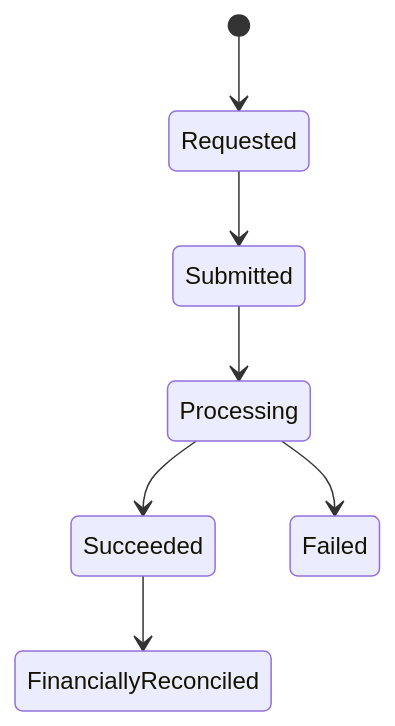
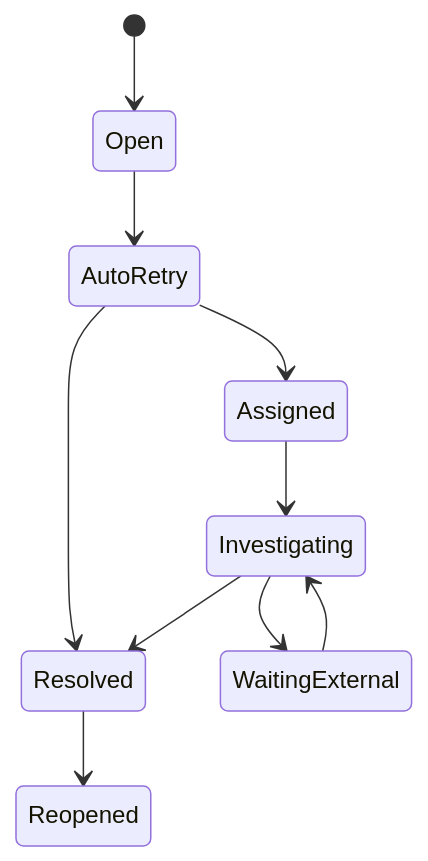
The sixth of 8 diagrams in src/content/payments/reconciliation.md (AvadhBhalodiya/Interview-Preparation), drawn with Mermaid before and after one commit. The commit also changed other lines of this file and 54 other files, not shown here.

````diff
--- a/src/content/payments/reconciliation.md
+++ b/src/content/payments/reconciliation.md
@@ -591,9 +569,12 @@
 ```mermaid
 stateDiagram-v2
-    [*] --> Requested
-    Requested --> Submitted
-    Submitted --> Processing
-    Processing --> Succeeded
-    Processing --> Failed
-    Succeeded --> FinanciallyReconciled
+    [*] --> Open
+    Open --> AutoRetry
+    AutoRetry --> Resolved
+    AutoRetry --> Assigned
+    Assigned --> Investigating
+    Investigating --> WaitingExternal
+    WaitingExternal --> Investigating
+    Investigating --> Resolved
+    Resolved --> Reopened
 ```
````
